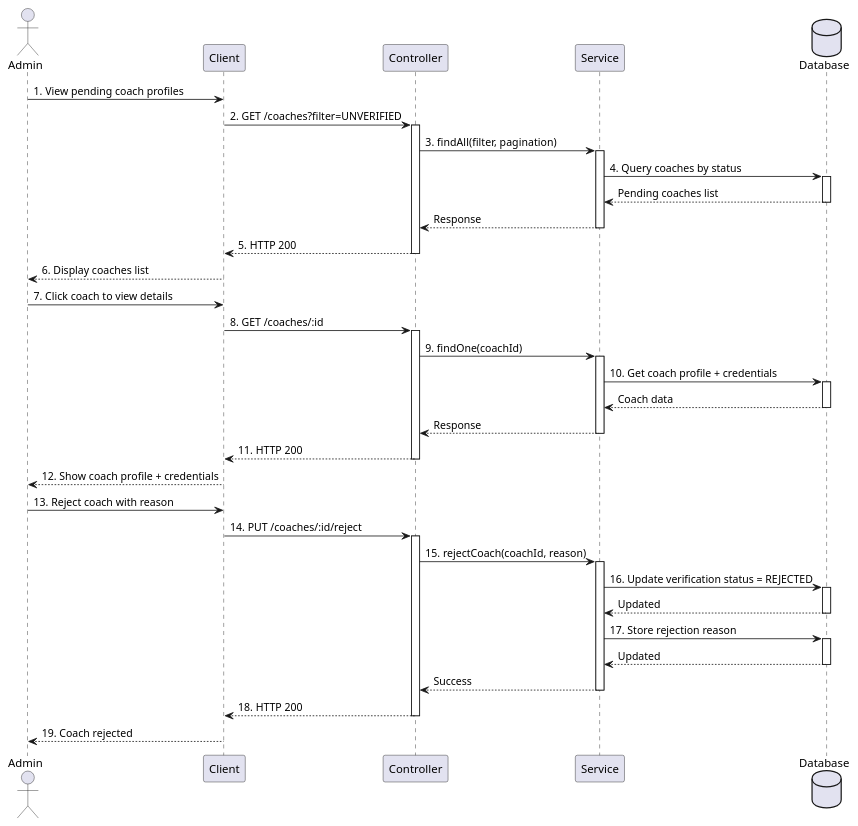
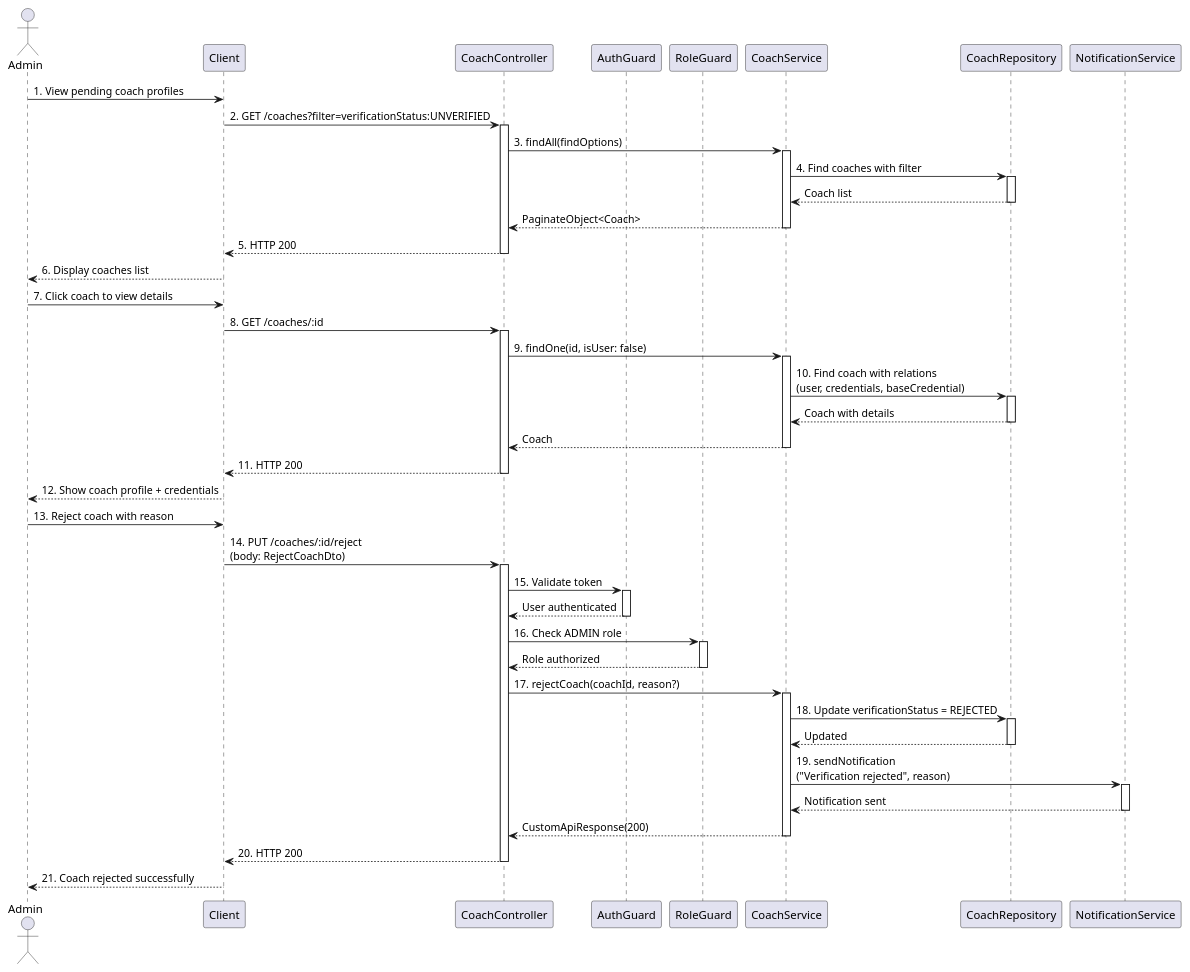
The diagram in diagrams/details/verify-coach/sequence-reject.puml (gs4lthung/capstone-project-be), drawn with PlantUML before and after one commit. The commit also changed 107 other files, not shown here.

First line of the commit message:
Add sequence diagrams for course, lesson, subject, and achievement management

```diff
--- a/diagrams/details/verify-coach/sequence-reject.puml
+++ b/diagrams/details/verify-coach/sequence-reject.puml
@@ -1,74 +1,87 @@
 @startuml VerifyCoachSequenceDiagramReject
 
 actor "Admin" as admin
 participant "Client" as client
-participant "Controller" as controller
-participant "Service" as service
-database "Database" as db
+participant "CoachController" as controller
+participant "AuthGuard" as authGuard
+participant "RoleGuard" as roleGuard
+participant "CoachService" as service
+participant "CoachRepository" as coachRepo
+participant "NotificationService" as notification
 
 admin -> client: 1. View pending coach profiles
-client -> controller: 2. GET /coaches?filter=UNVERIFIED
+client -> controller: 2. GET /coaches?filter=verificationStatus:UNVERIFIED
 activate controller
 
-controller -> service: 3. findAll(filter, pagination)
+controller -> service: 3. findAll(findOptions)
 activate service
 
-service -> db: 4. Query coaches by status
-activate db
-db --> service: Pending coaches list
-deactivate db
+service -> coachRepo: 4. Find coaches with filter
+activate coachRepo
+coachRepo --> service: Coach list
+deactivate coachRepo
 
-service --> controller: Response
+service --> controller: PaginateObject<Coach>
 deactivate service
 
 controller --> client: 5. HTTP 200
 deactivate controller
 
 client --> admin: 6. Display coaches list
 
 admin -> client: 7. Click coach to view details
 client -> controller: 8. GET /coaches/:id
 activate controller
 
-controller -> service: 9. findOne(coachId)
+controller -> service: 9. findOne(id, isUser: false)
 activate service
 
-service -> db: 10. Get coach profile + credentials
-activate db
-db --> service: Coach data
-deactivate db
+service -> coachRepo: 10. Find coach with relations\n(user, credentials, baseCredential)
+activate coachRepo
+coachRepo --> service: Coach with details
+deactivate coachRepo
 
-service --> controller: Response
+service --> controller: Coach
 deactivate service
 
 controller --> client: 11. HTTP 200
 deactivate controller
 
 client --> admin: 12. Show coach profile + credentials
 
 admin -> client: 13. Reject coach with reason
-client -> controller: 14. PUT /coaches/:id/reject
+client -> controller: 14. PUT /coaches/:id/reject\n(body: RejectCoachDto)
 activate controller
 
-controller -> service: 15. rejectCoach(coachId, reason)
+controller -> authGuard: 15. Validate token
+activate authGuard
+authGuard --> controller: User authenticated
+deactivate authGuard
+
+controller -> roleGuard: 16. Check ADMIN role
+activate roleGuard
+roleGuard --> controller: Role authorized
+deactivate roleGuard
+
+controller -> service: 17. rejectCoach(coachId, reason?)
 activate service
 
-service -> db: 16. Update verification status = REJECTED
-activate db
-db --> service: Updated
-deactivate db
+service -> coachRepo: 18. Update verificationStatus = REJECTED
+activate coachRepo
+coachRepo --> service: Updated
+deactivate coachRepo
 
-service -> db: 17. Store rejection reason
-activate db
-db --> service: Updated
-deactivate db
+service -> notification: 19. sendNotification\n("Verification rejected", reason)
+activate notification
+notification --> service: Notification sent
+deactivate notification
 
-service --> controller: Success
+service --> controller: CustomApiResponse(200)
 deactivate service
 
-controller --> client: 18. HTTP 200
+controller --> client: 20. HTTP 200
 deactivate controller
 
-client --> admin: 19. Coach rejected
+client --> admin: 21. Coach rejected successfully
 
 @enduml
```
